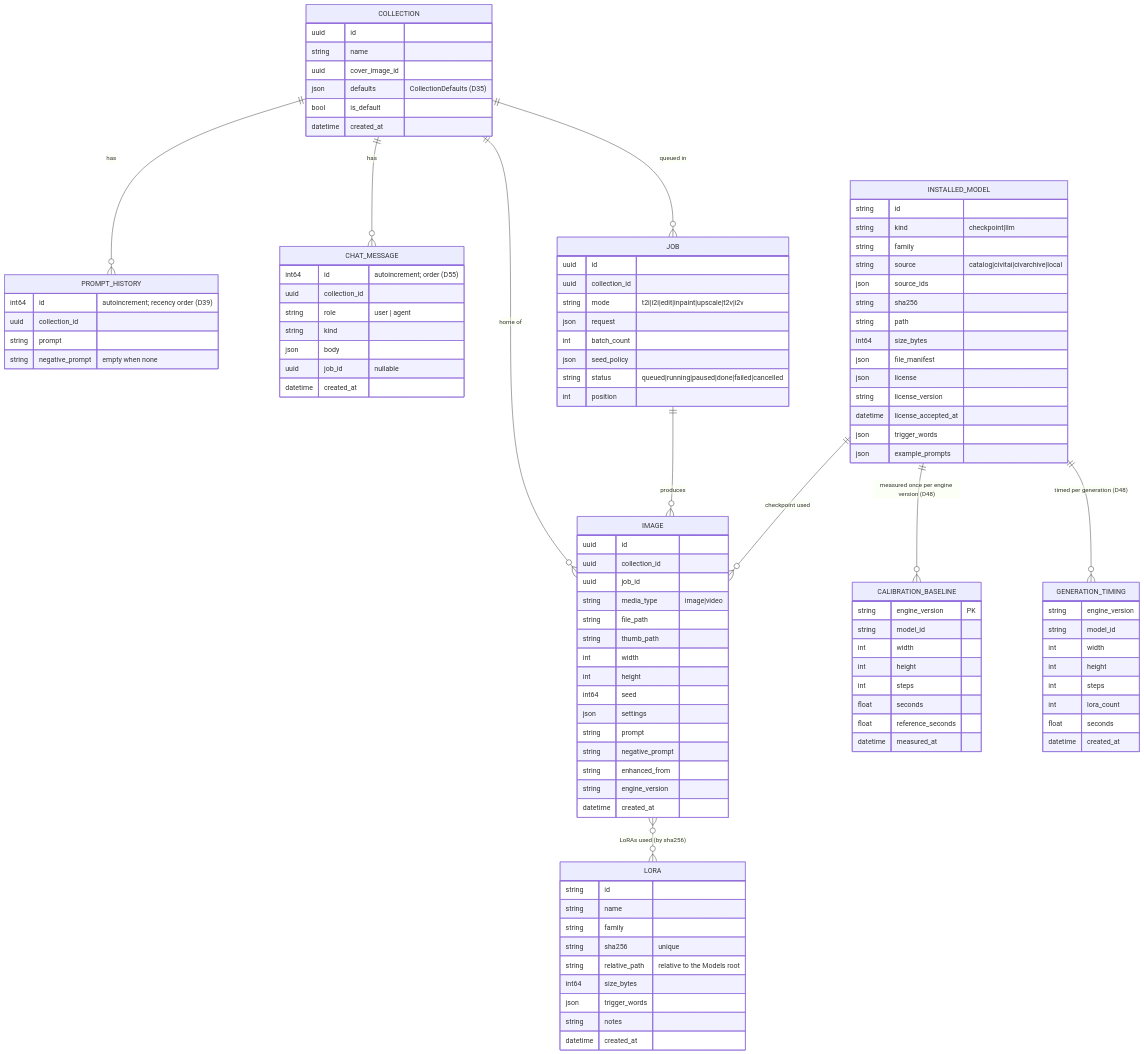
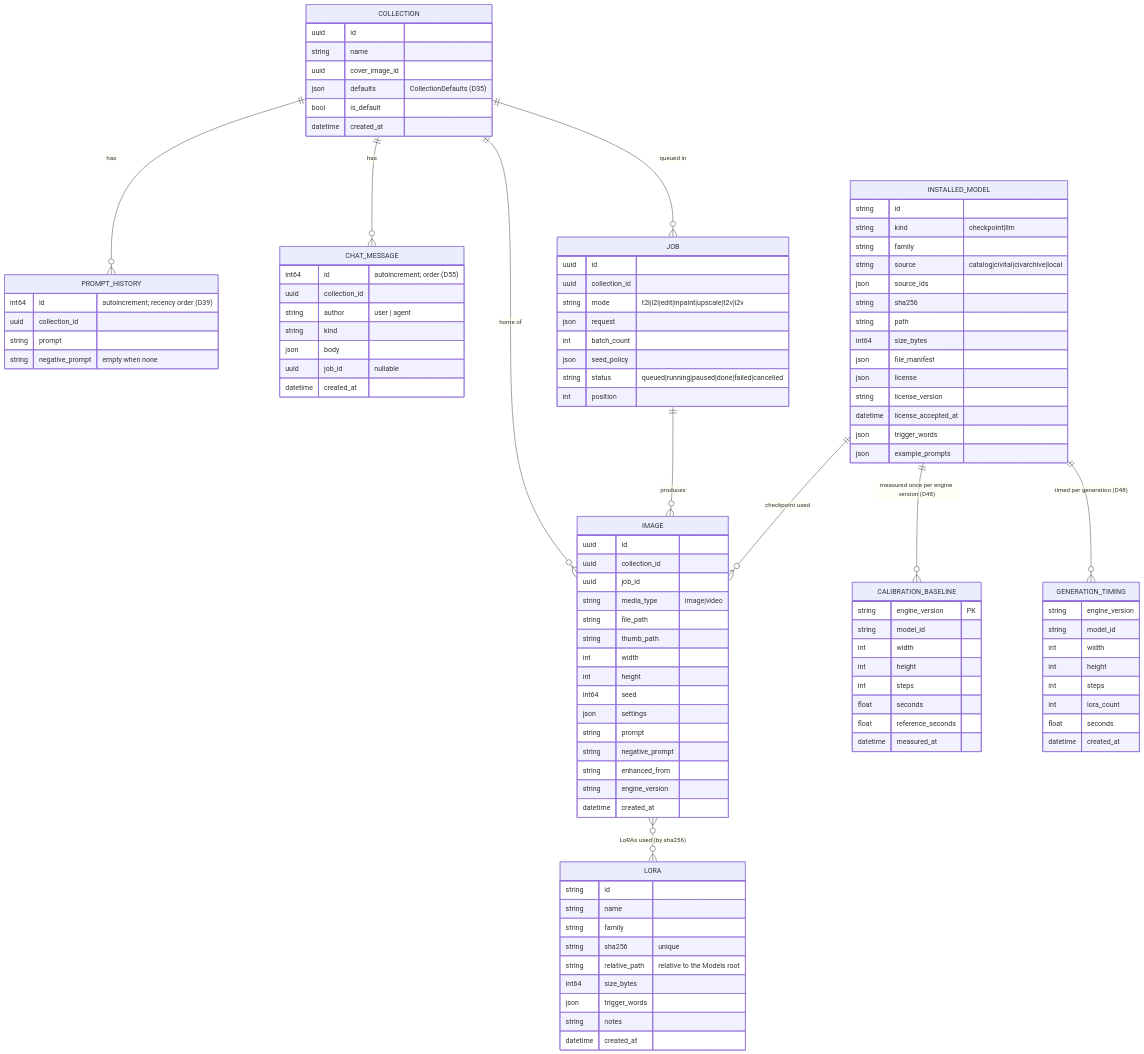
Before and after one commit to fearless-holdings/mlx-create: the fifth of 5 diagrams in docs/HLD.md, drawn with Mermaid. The commit also changed 2 other files, not shown here.

Commit message:
docs(agent): the plan carries no steps or negative prompt, and the storage contract matches the build (D55, D56)
Generated with [Devin](https://devin.ai)

```diff
--- a/docs/HLD.md
+++ b/docs/HLD.md
@@ -554,7 +554,7 @@
   CHAT_MESSAGE {
     int64 id "autoincrement; order (D55)"
     uuid collection_id
-    string role "user | agent"
+    string author "user | agent"
     string kind
     json body
     uuid job_id "nullable"
```
